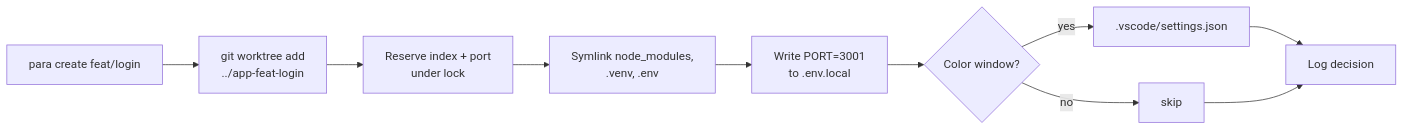
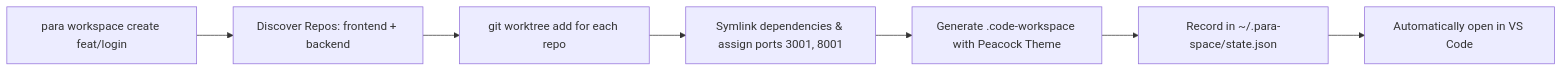
Before and after one commit to SarthakJain23/para-space: the third of 3 diagrams in VISUAL_BRIEF.md, drawn with Mermaid. The commit also changed other lines of this file, not shown here.

````diff
--- a/VISUAL_BRIEF.md
+++ b/VISUAL_BRIEF.md
@@ -129,12 +200,9 @@
 ```mermaid
 flowchart LR
-    A[para create feat/login] --> B[git worktree add<br/>../app-feat-login]
-    B --> C[Reserve index + port<br/>under lock]
-    C --> D[Symlink node_modules,<br/>.venv, .env]
-    D --> E[Write PORT=3001<br/>to .env.local]
-    E --> F{Color window?}
-    F -- yes --> G[.vscode/settings.json]
-    F -- no --> H[skip]
-    G --> I[Log decision]
-    H --> I
+    A[para workspace create feat/login] --> B[Discover Repos: frontend + backend]
+    B --> C[git worktree add for each repo]
+    C --> D[Symlink dependencies & assign ports 3001, 8001]
+    D --> E[Generate .code-workspace with Peacock Theme]
+    E --> F[Record in ~/.para-space/state.json]
+    F --> G[Automatically open in VS Code]
 ```
````
